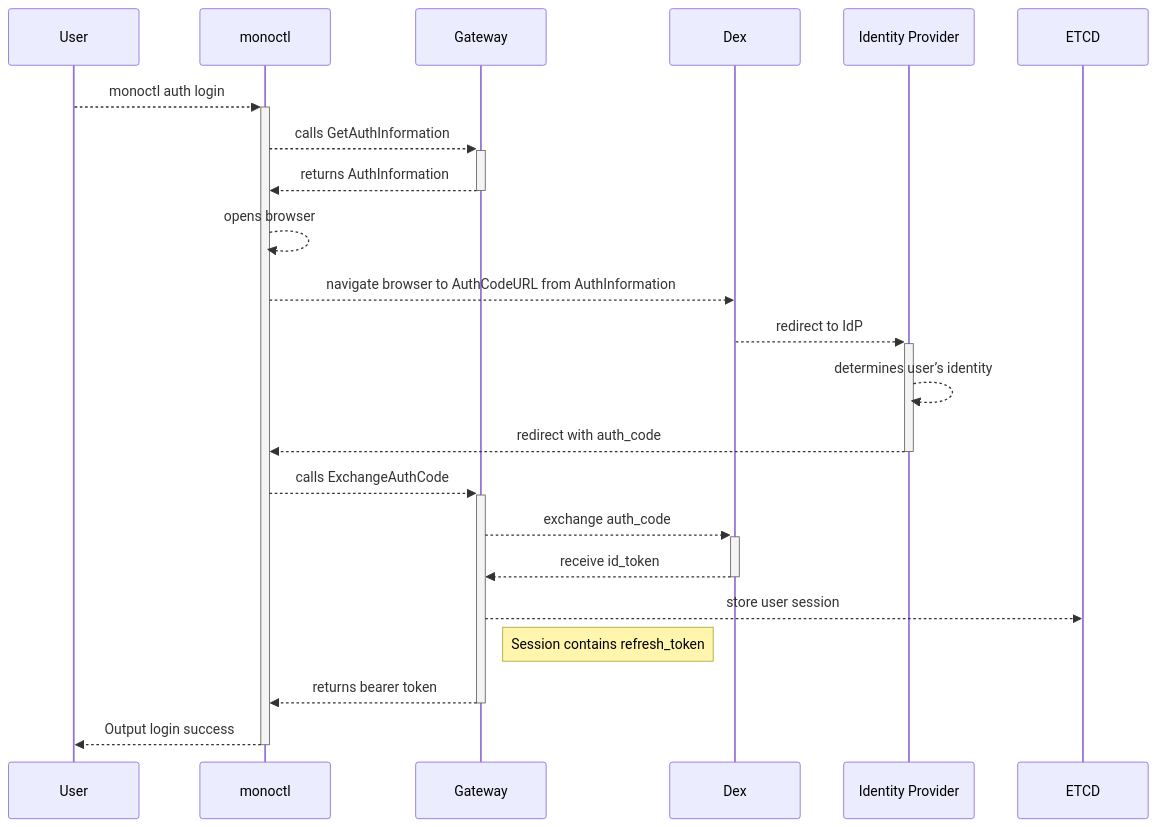
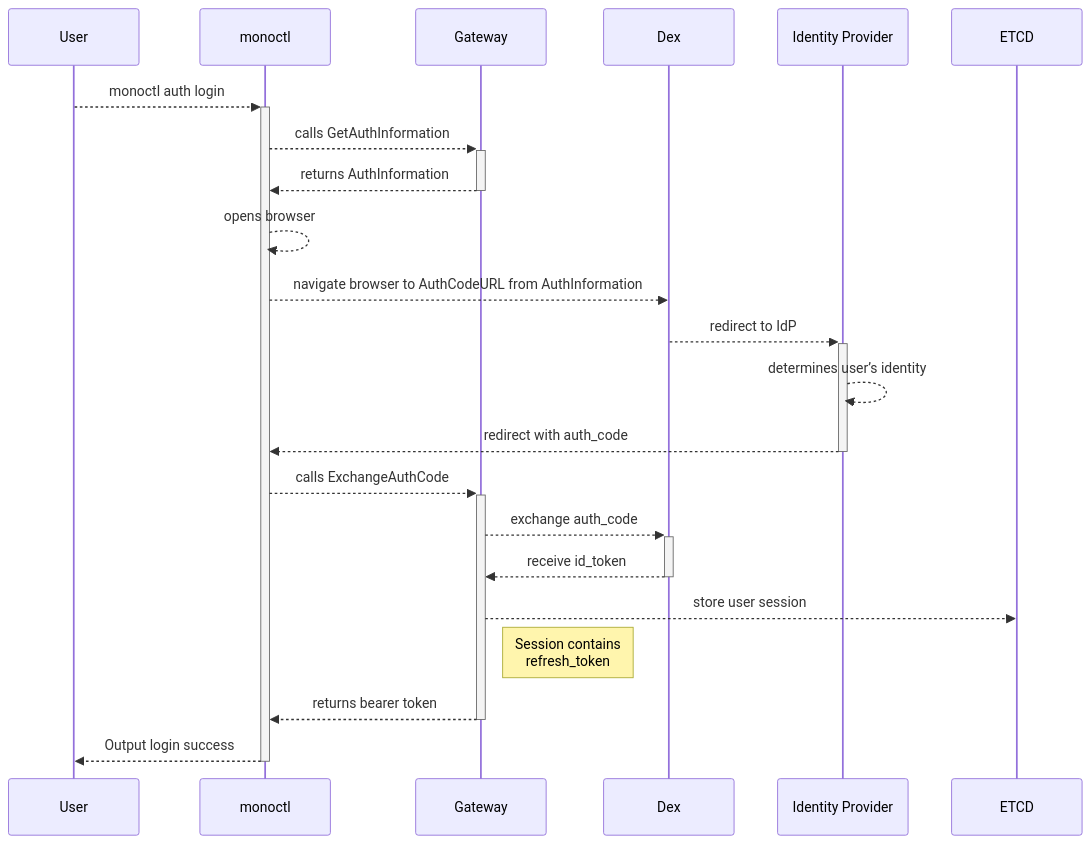
One commit to finleap-connect/monoskope changed the diagram in docs/flow-charts/sd-monoctl-auth.mmd. Above: the diagram before and after it, drawn with Mermaid. The commit also changed 3 other files, not shown here.

Commit message:
Update diagrams

```diff
--- a/docs/flow-charts/sd-monoctl-auth.mmd
+++ b/docs/flow-charts/sd-monoctl-auth.mmd
@@ -1,22 +1,22 @@
 sequenceDiagram
     participant U as User
     participant M as monoctl
     participant G as Gateway
     participant D as Dex
     participant I as Identity Provider
     participant E as ETCD
     U-->>+M: monoctl auth login
     M-->>+G: calls GetAuthInformation
     G-->>-M: returns AuthInformation
     M-->>M: opens browser
     M-->>D: navigate browser to AuthCodeURL from AuthInformation
     D-->>+I: redirect to IdP
     I-->>I: determines user’s identity
     I-->>-M: redirect with auth_code
     M-->>+G: calls ExchangeAuthCode
     G-->>+D: exchange auth_code
     D-->>-G: receive id_token
     G-->>E: store user session
-    Note right of G: Session contains refresh_token
+    Note right of G: Session contains<br>refresh_token
     G-->>-M: returns bearer token
     M-->>-U: Output login success
```
